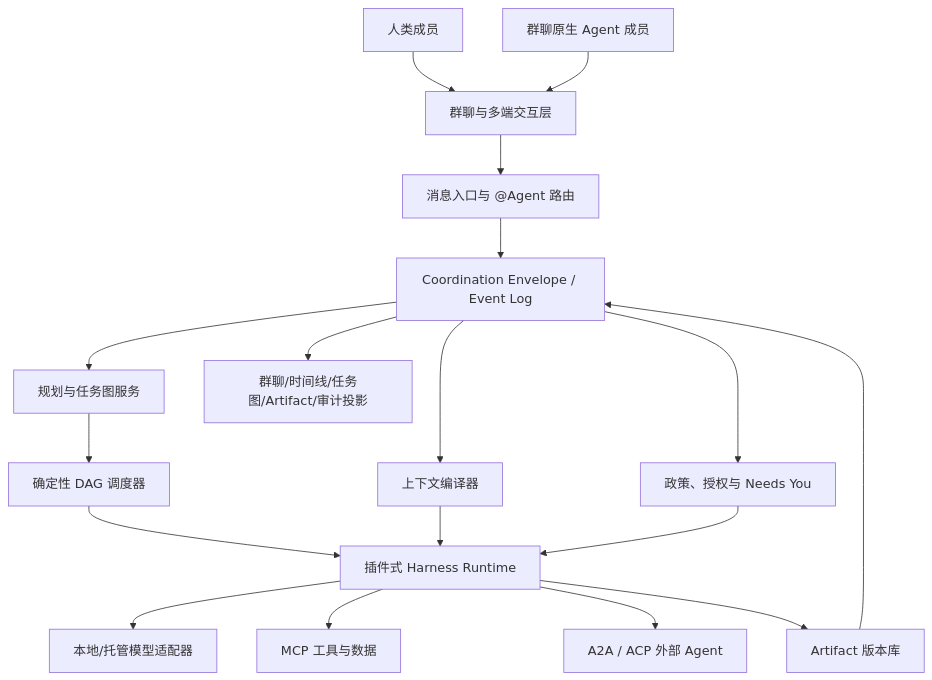
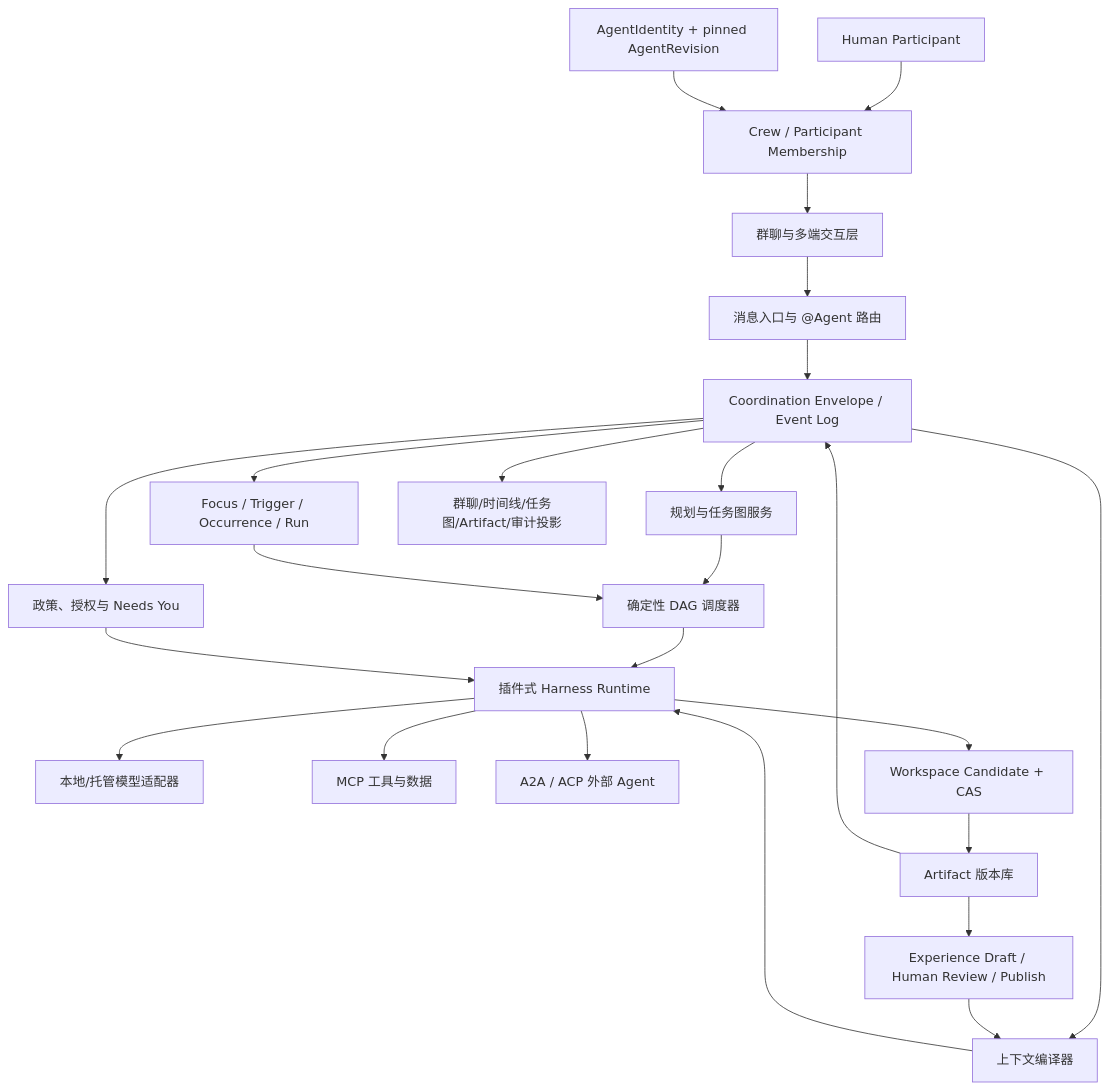
Before and after one commit to huapohen/quantum-entanglement: the diagram in analysis_report/research/05_target_product_and_architecture.md, drawn with Mermaid. The commit also changed other lines of this file, not shown here.

Commit message:
docs: fold Clawith lessons into product architecture

````diff
--- a/analysis_report/research/05_target_product_and_architecture.md
+++ b/analysis_report/research/05_target_product_and_architecture.md
@@ -57,20 +61,26 @@
 ```mermaid
 flowchart TB
-  U[人类成员] --> IM[群聊与多端交互层]
-  A[群聊原生 Agent 成员] --> IM
+  U[Human Participant] --> CR[Crew / Participant Membership]
+  A[AgentIdentity + pinned AgentRevision] --> CR
+  CR --> IM[群聊与多端交互层]
   IM --> R[消息入口与 @Agent 路由]
   R --> E[Coordination Envelope / Event Log]
   E --> P[规划与任务图服务]
   E --> C[上下文编译器]
   E --> G[政策、授权与 Needs You]
+  E --> O[Focus / Trigger / Occurrence / Run]
   P --> S[确定性 DAG 调度器]
+  O --> S
   S --> H[插件式 Harness Runtime]
   C --> H
   G --> H
   H --> L[本地/托管模型适配器]
   H --> M[MCP 工具与数据]
   H --> X[A2A / ACP 外部 Agent]
-  H --> F[Artifact 版本库]
+  H --> W[Workspace Candidate + CAS]
+  W --> F[Artifact 版本库]
+  F --> K[Experience Draft / Human Review / Publish]
+  K --> C
   F --> E
   E --> V[群聊/时间线/任务图/Artifact/审计投影]
 ```
````
